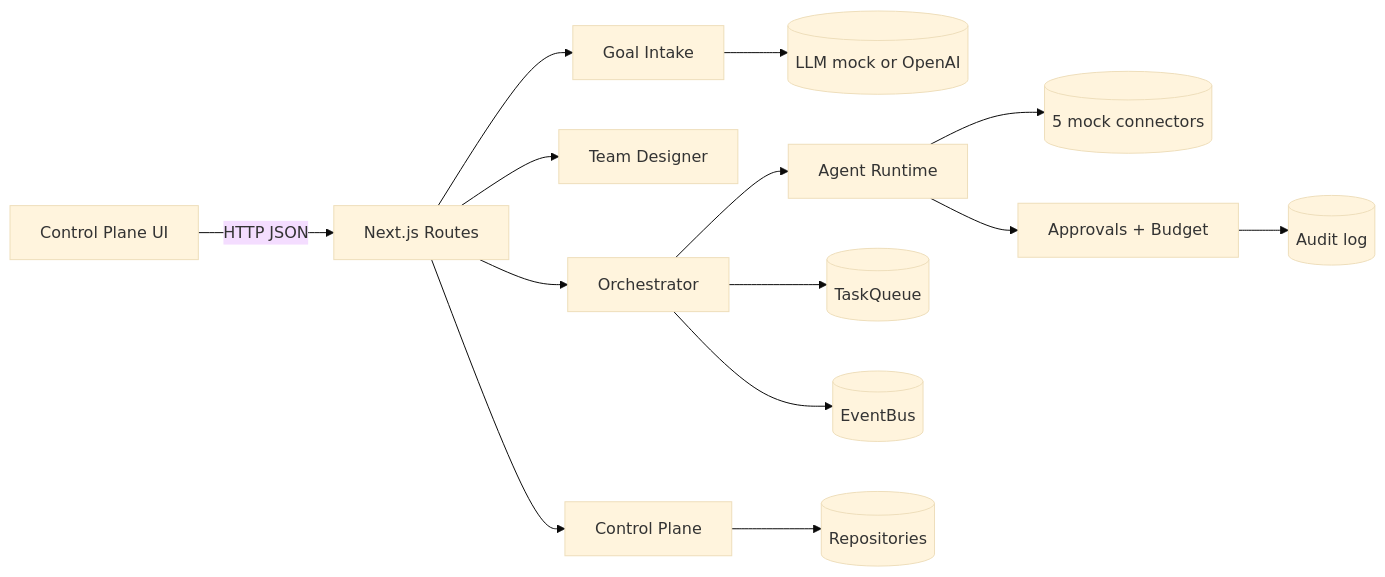
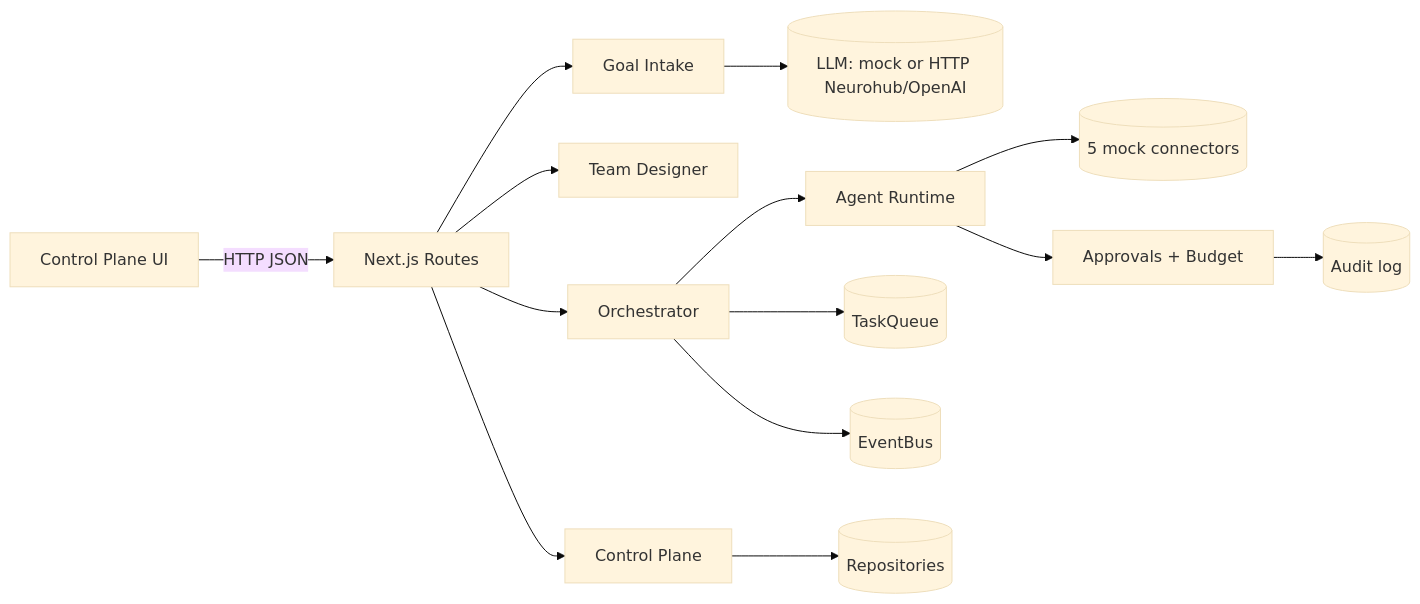
One commit to Obrazcoff/agent-company-factory changed the diagram in README.md. Above: the diagram before and after it, drawn with Mermaid (base theme). The commit also changed other lines of this file and 11 other files, not shown here.

````diff
--- a/README.md
+++ b/README.md
@@ -52,16 +53,16 @@
 ```mermaid
 flowchart LR
   UI[Control Plane UI] -->|HTTP JSON| API[Next.js Routes]
   API --> Intake[Goal Intake]
   API --> Designer[Team Designer]
   API --> Orch[Orchestrator]
   API --> Aggregator[Control Plane]
-  Intake --> LLM[(LLM mock or OpenAI)]
+  Intake --> LLM[(LLM: mock or HTTP Neurohub/OpenAI)]
   Orch --> Runtime[Agent Runtime]
   Runtime --> Connectors[(5 mock connectors)]
   Runtime --> Policy[Approvals + Budget]
   Orch --> Queue[(TaskQueue)]
   Orch --> Bus[(EventBus)]
   Policy --> Audit[(Audit log)]
   Aggregator --> Store[(Repositories)]
 ```
````
